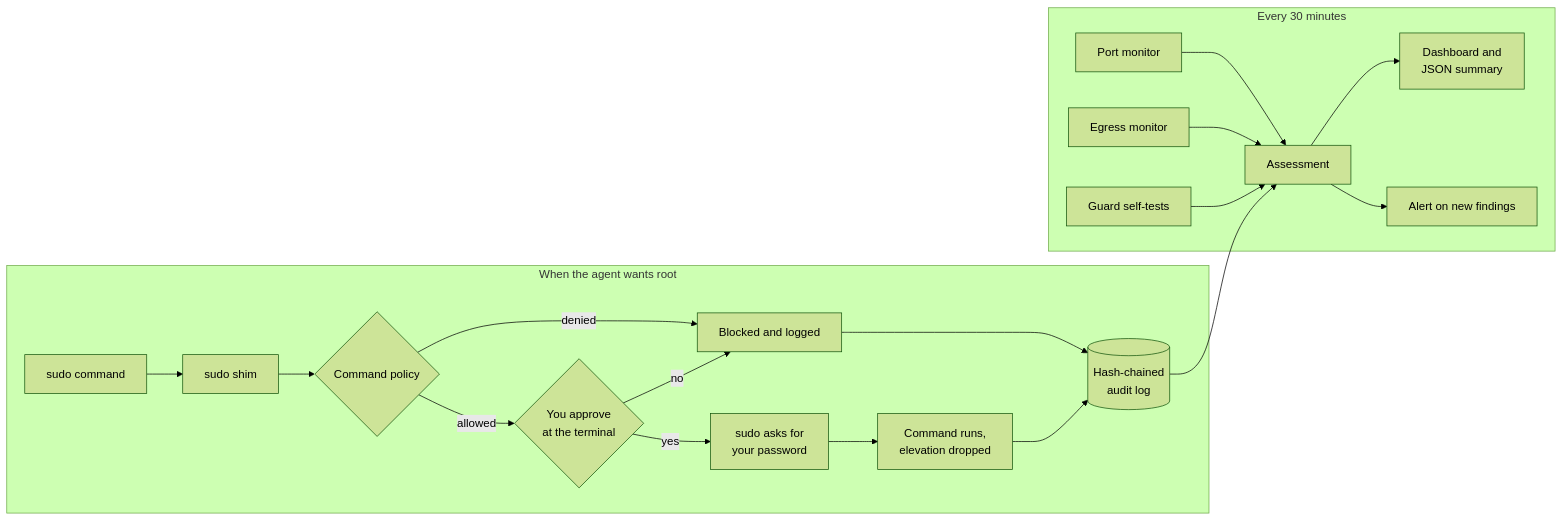
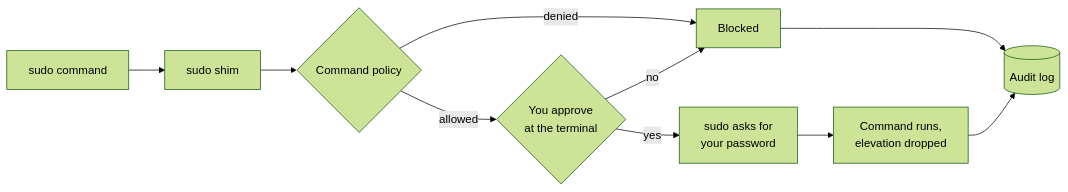
Before and after one commit to FletcherFrimpong/OpenClaw-Cyber-Analyst: the first of 2 diagrams in README.md, drawn with Mermaid (forest theme). The commit also changed other lines of this file, not shown here.

Commit message:
README: split the diagram in two so it is readable at page width

````diff
--- a/README.md
+++ b/README.md
@@ -83,23 +85,12 @@
 ```mermaid
 flowchart LR
-    subgraph ask["When the agent wants root"]
-        A[sudo command] --> B[sudo shim]
-        B --> C{Command policy}
-        C -- denied --> X[Blocked and logged]
-        C -- allowed --> D{You approve<br/>at the terminal}
-        D -- no --> X
-        D -- yes --> E[sudo asks for<br/>your password]
-        E --> F[Command runs,<br/>elevation dropped]
-        F --> L[(Hash-chained<br/>audit log)]
-        X --> L
-    end
-
-    subgraph watch["Every 30 minutes"]
-        P[Port monitor] --> R[Assessment]
-        Q[Egress monitor] --> R
-        S[Guard self-tests] --> R
-        L --> R
-        R --> T[Dashboard and<br/>JSON summary]
-        R --> N[Alert on new findings]
-    end
+    A[sudo command] --> B[sudo shim]
+    B --> C{Command policy}
+    C -- denied --> X[Blocked]
+    C -- allowed --> D{You approve<br/>at the terminal}
+    D -- no --> X
+    D -- yes --> E[sudo asks for<br/>your password]
+    E --> F[Command runs,<br/>elevation dropped]
+    F --> L[(Audit log)]
+    X --> L
 ```
````
